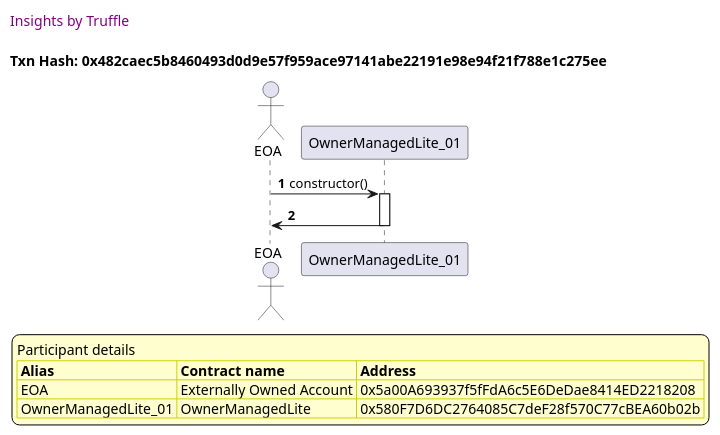
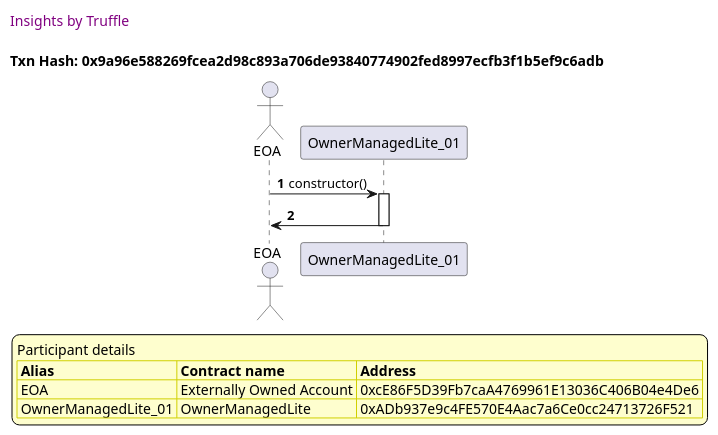
One commit to thedarkjester/ConsensysAssignment changed the seventh of 28 diagrams in truffle-seq/OwnerManagedLite_test_required_owners_amount.md. Above: the diagram before and after it, drawn with PlantUML. The commit also changed other lines of this file and 13 other files, not shown here.

````diff
--- a/truffle-seq/OwnerManagedLite_test_required_owners_amount.md
+++ b/truffle-seq/OwnerManagedLite_test_required_owners_amount.md
@@ -299,37 +299,37 @@
 ```plantuml
 
 
 @startuml
 
 autonumber
 skinparam legendBackgroundColor #FEFECE
 
 <style>
       header {
         HorizontalAlignment left
         FontColor purple
         FontSize 14
         Padding 10
       }
     </style>
 
 header Insights by Truffle
 
-title Txn Hash: 0x482caec5b8460493d0d9e57f959ace97141abe22191e98e94f21f788e1c275ee
+title Txn Hash: 0x9a96e588269fcea2d98c893a706de93840774902fed8997ecfb3f1b5ef9c6adb
 
 
 actor EOA as "EOA"
 participant OwnerManagedLite_01 as "OwnerManagedLite_01"
 
 "EOA" -> "OwnerManagedLite_01" ++: constructor()
 "OwnerManagedLite_01" -> "EOA" --: 
 
 legend
 Participant details
 <#FEFECE,#D0D000>|= Alias |= Contract name |= Address |
-<#FEFECE>| EOA | Externally Owned Account | 0x5a00A693937f5fFdA6c5E6DeDae8414ED2218208 |
-<#FEFECE>| OwnerManagedLite_01 | OwnerManagedLite | 0x580F7D6DC2764085C7deF28f570C77cBEA60b02b |
+<#FEFECE>| EOA | Externally Owned Account | 0xcE86F5D39Fb7caA4769961E13036C406B04e4De6 |
+<#FEFECE>| OwnerManagedLite_01 | OwnerManagedLite | 0xADb937e9c4FE570E4Aac7a6Ce0cc24713726F521 |
 endlegend
 
 @enduml
 ```
````
